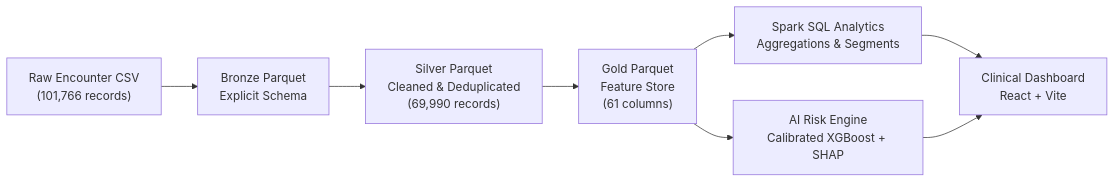
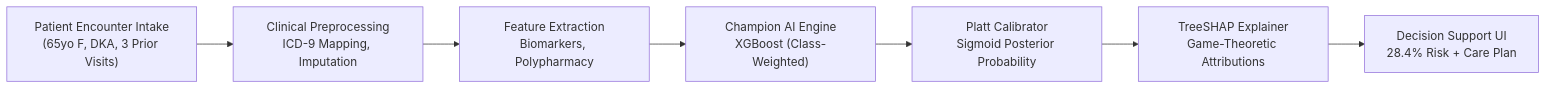
The first of 3 diagrams in docs/viva_preparation_guide.md (Baskar022/MediPulse), drawn with Mermaid before and after one commit. The commit also changed other lines of this file and 2 other files, not shown here.

````diff
--- a/docs/viva_preparation_guide.md
+++ b/docs/viva_preparation_guide.md
@@ -58,10 +69,9 @@
 ```mermaid
 flowchart LR
-    A["Raw Encounter CSV<br/>(101,766 records)"] --> B["Bronze Parquet<br/>Explicit Schema"]
-    B --> C["Silver Parquet<br/>Cleaned & Deduplicated<br/>(69,990 records)"]
-    C --> D["Gold Parquet<br/>Feature Store<br/>(61 columns)"]
-    D --> E["Spark SQL Analytics<br/>Aggregations & Segments"]
-    D --> F["AI Risk Engine<br/>Calibrated XGBoost + SHAP"]
-    E --> G["Clinical Dashboard<br/>React + Vite"]
-    F --> G
+    A["Patient Encounter Intake<br/>(65yo F, DKA, 3 Prior Visits)"] --> B["Clinical Preprocessing<br/>ICD-9 Mapping, Imputation"]
+    B --> C["Feature Extraction<br/>Biomarkers, Polypharmacy"]
+    C --> D["Champion AI Engine<br/>XGBoost (Class-Weighted)"]
+    D --> E["Platt Calibrator<br/>Sigmoid Posterior Probability"]
+    E --> F["TreeSHAP Explainer<br/>Game-Theoretic Attributions"]
+    F --> G["Decision Support UI<br/>28.4% Risk + Care Plan"]
 ```
````
